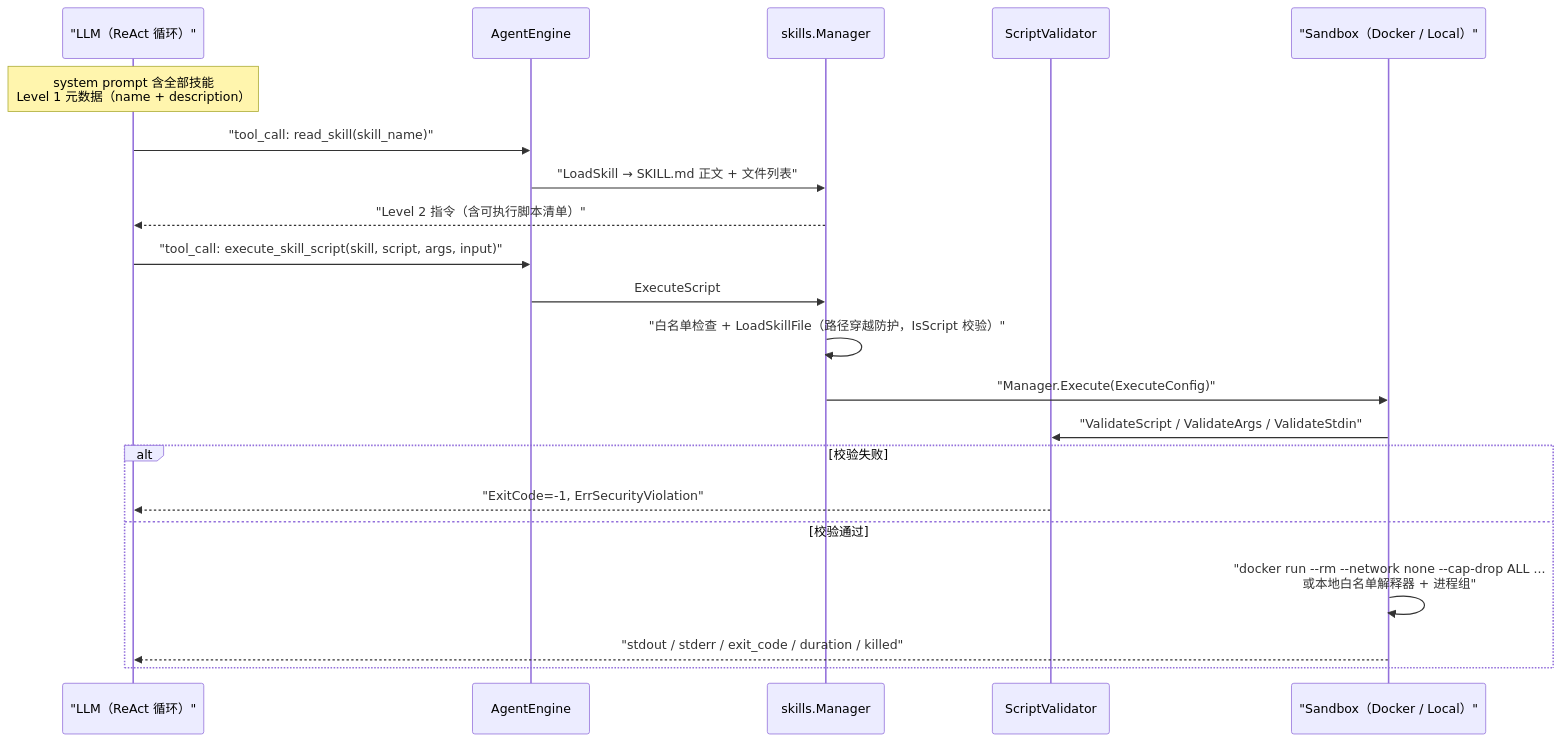
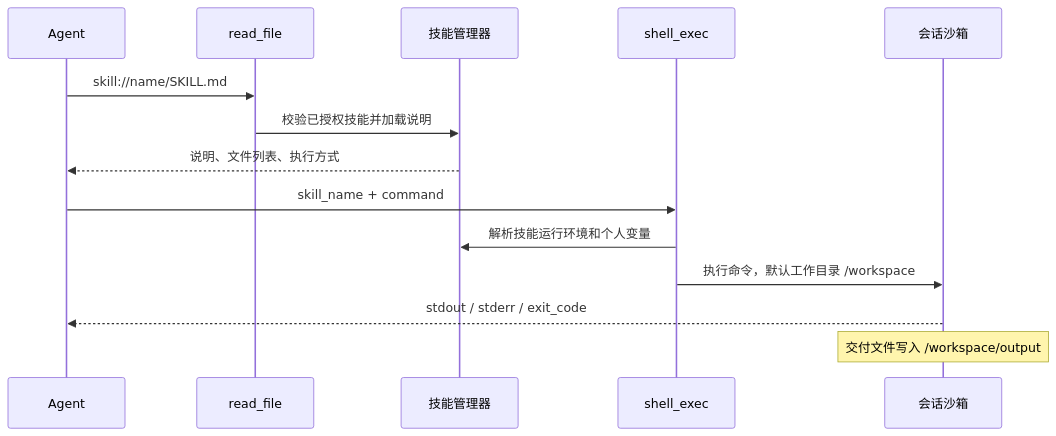
The third of 3 diagrams in apps/docs/03-features/07-agent.md (qinlei131479/WeKnora), drawn with Mermaid before and after one commit. The commit also changed other lines of this file and 66 other files, not shown here.

````diff
--- a/apps/docs/03-features/07-agent.md
+++ b/apps/docs/03-features/07-agent.md
@@ -440,24 +557,16 @@
 ```mermaid
 sequenceDiagram
-    participant LLM as "LLM（ReAct 循环）"
-    participant ENG as AgentEngine
-    participant SK as skills.Manager
-    participant VAL as ScriptValidator
-    participant SBX as "Sandbox（Docker / Local）"
-
-    Note over LLM: system prompt 含全部技能<br/>Level 1 元数据（name + description）
-    LLM->>ENG: "tool_call: read_skill(skill_name)"
-    ENG->>SK: "LoadSkill → SKILL.md 正文 + 文件列表"
-    SK-->>LLM: "Level 2 指令（含可执行脚本清单）"
-    LLM->>ENG: "tool_call: execute_skill_script(skill, script, args, input)"
-    ENG->>SK: ExecuteScript
-    SK->>SK: "白名单检查 + LoadSkillFile（路径穿越防护，IsScript 校验）"
-    SK->>SBX: "Manager.Execute(ExecuteConfig)"
-    SBX->>VAL: "ValidateScript / ValidateArgs / ValidateStdin"
-    alt 校验失败
-        VAL-->>LLM: "ExitCode=-1, ErrSecurityViolation"
-    else 校验通过
-        SBX->>SBX: "docker run --rm --network none --cap-drop ALL ...<br/>或本地白名单解释器 + 进程组"
-        SBX-->>LLM: "stdout / stderr / exit_code / duration / killed"
-    end
+    participant LLM as Agent
+    participant Reader as read_file
+    participant Manager as 技能管理器
+    participant Shell as shell_exec
+    participant SBX as 会话沙箱
+    LLM->>Reader: skill://name/SKILL.md
+    Reader->>Manager: 校验已授权技能并加载说明
+    Manager-->>LLM: 说明、文件列表、执行方式
+    LLM->>Shell: skill_name + command
+    Shell->>Manager: 解析技能运行环境和个人变量
+    Shell->>SBX: 执行命令，默认工作目录 /workspace
+    SBX-->>LLM: stdout / stderr / exit_code
+    Note over SBX: 交付文件写入 /workspace/output
 ```
````
